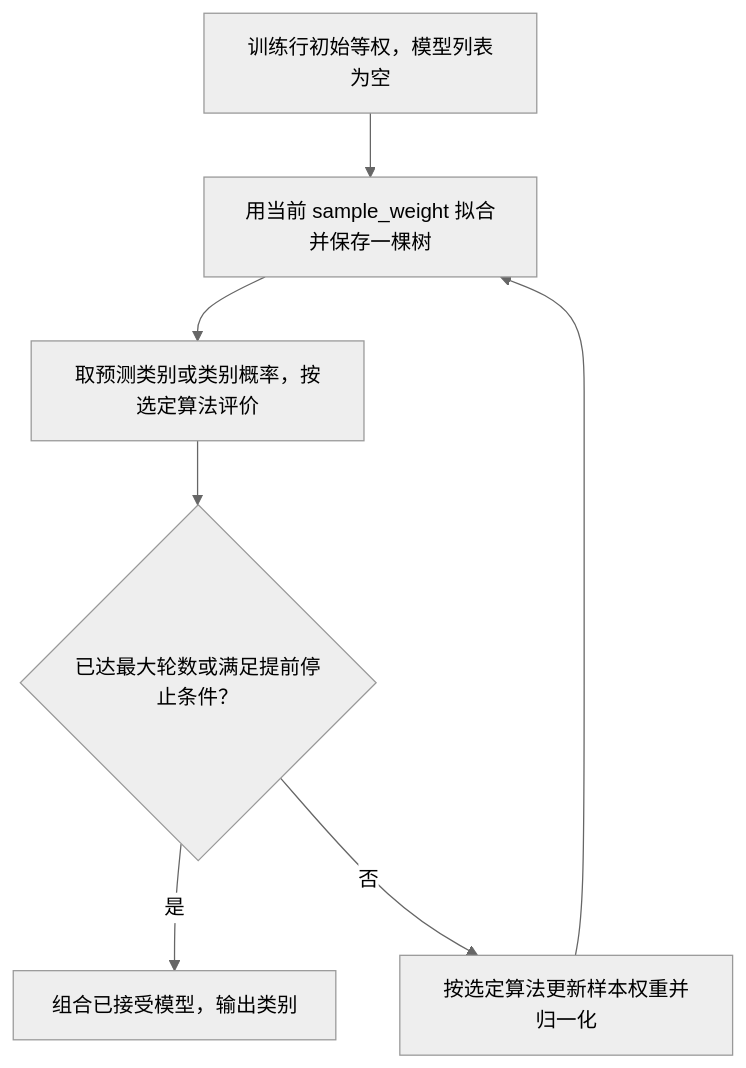
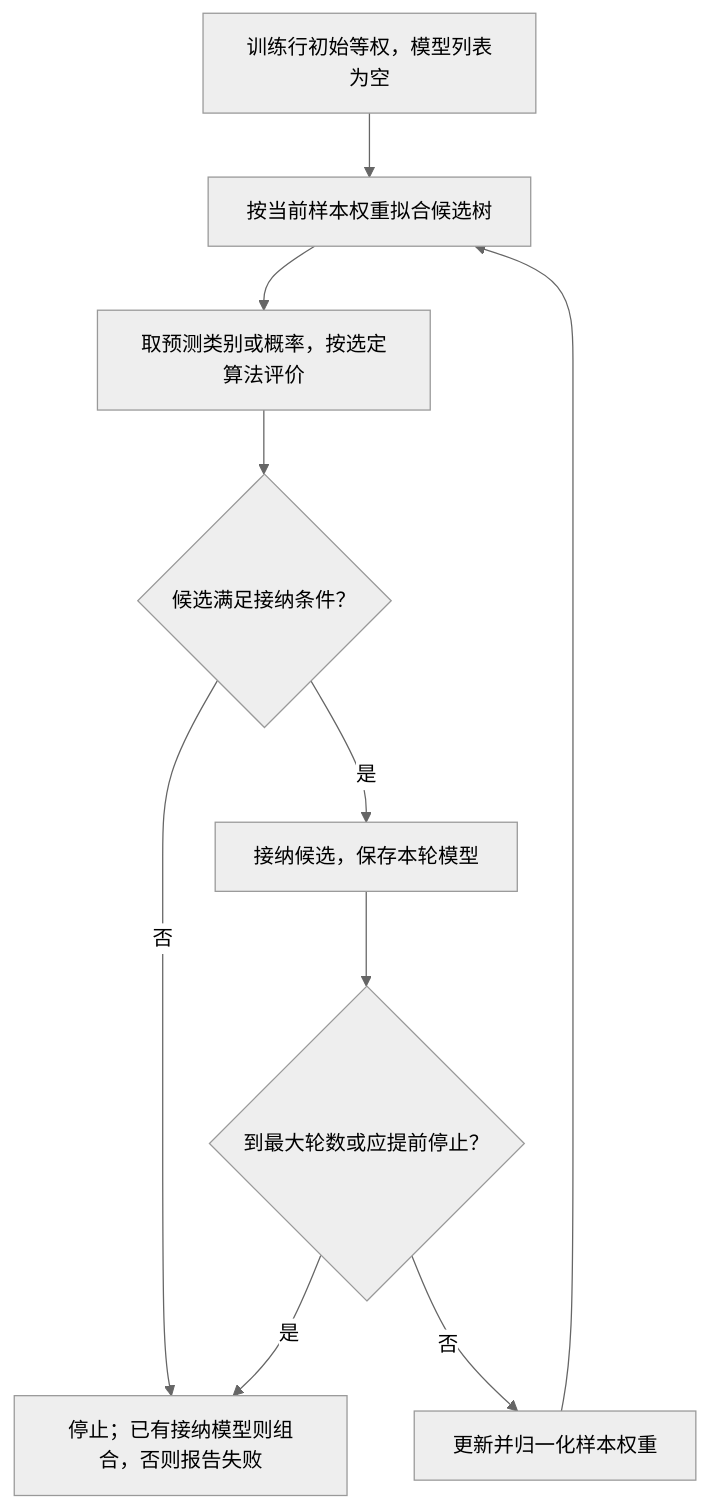
One commit to CercaTrovato/cityu-ai-course-notes changed the second of 4 diagrams in IS6400_Business_Data_Analytics/notes/T07-分类实战-信用审批与欺诈识别.md. Above: the diagram before and after it, drawn with Mermaid (neutral theme). The commit also changed other lines of this file and 2300 other files, not shown here.

First line of the commit message:
完善五课程逐页学习笔记、课件原图与修补规范

````diff
--- a/IS6400_Business_Data_Analytics/notes/T07-分类实战-信用审批与欺诈识别.md
+++ b/IS6400_Business_Data_Analytics/notes/T07-分类实战-信用审批与欺诈识别.md
@@ -520,9 +527,12 @@
 ```mermaid
 flowchart TD
-    A["训练行初始等权，模型列表为空"] --> B["用当前 sample_weight 拟合并保存一棵树"]
-    B --> C["取预测类别或类别概率，按选定算法评价"]
-    C --> D{"已达最大轮数或满足提前停止条件？"}
-    D -->|是| O["组合已接受模型，输出类别"]
-    D -->|否| U["按选定算法更新样本权重并归一化"]
+    A["训练行初始等权，模型列表为空"] --> B["按当前样本权重拟合候选树"]
+    B --> C["取预测类别或概率，按选定算法评价"]
+    C --> D{"候选满足接纳条件？"}
+    D -->|否| O["停止；已有接纳模型则组合，否则报告失败"]
+    D -->|是| S["接纳候选，保存本轮模型"]
+    S --> K{"到最大轮数或应提前停止？"}
+    K -->|是| O
+    K -->|否| U["更新并归一化样本权重"]
     U --> B
 ```
````
